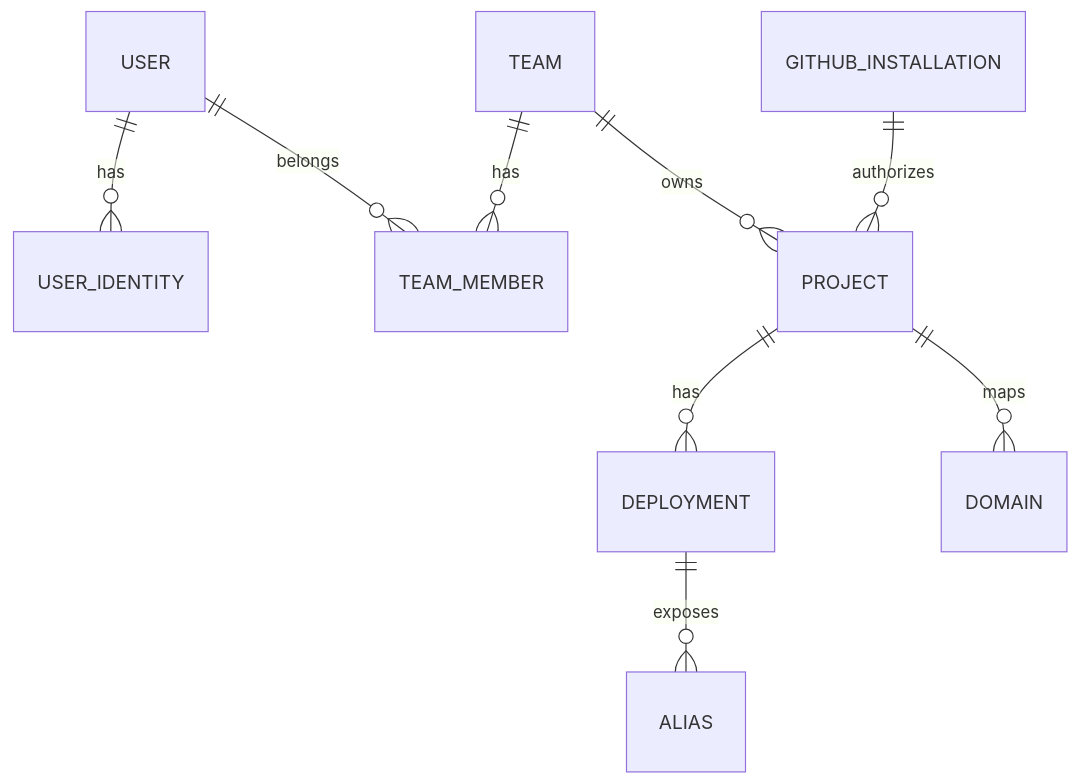
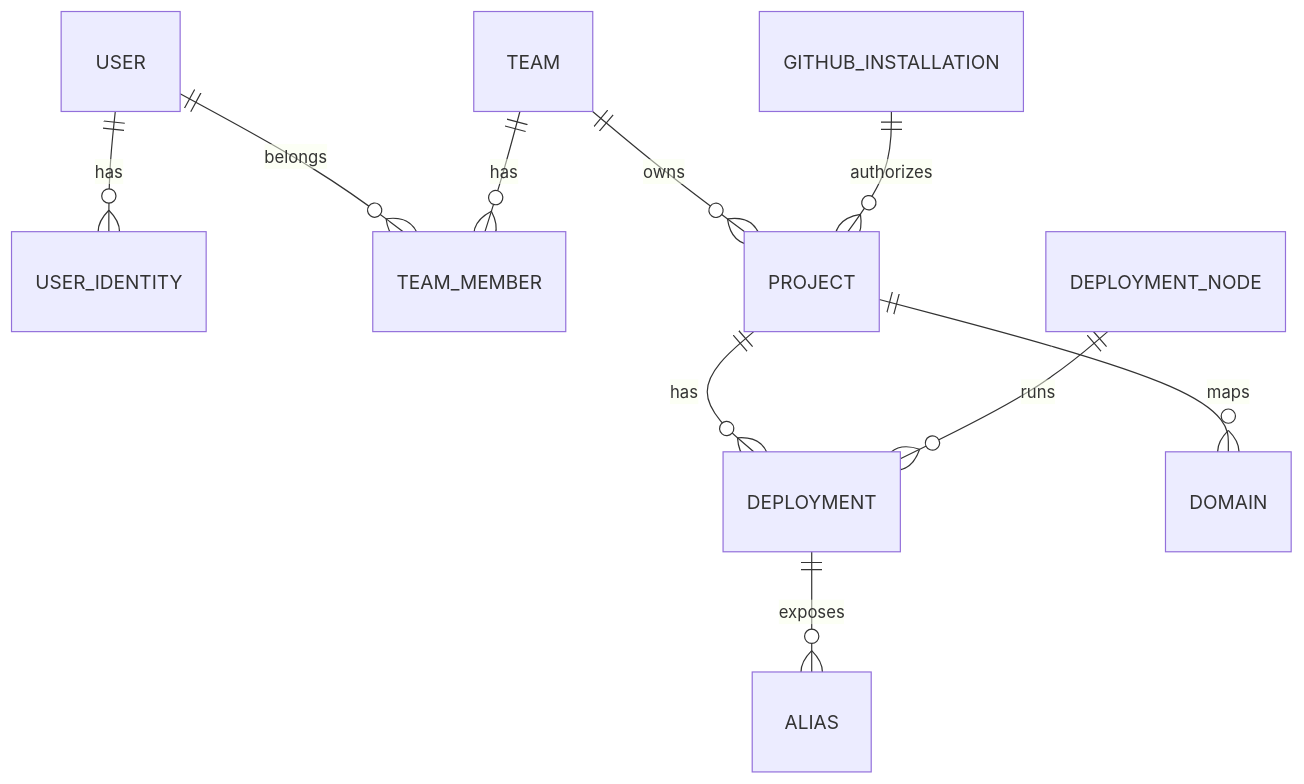
One commit to mayowaoladosu/devvpush changed the second of 2 diagrams in ARCHITECTURE.md. Above: the diagram before and after it, drawn with Mermaid. The commit also changed other lines of this file and 38 other files, not shown here.

````diff
--- a/ARCHITECTURE.md
+++ b/ARCHITECTURE.md
@@ -231,11 +261,12 @@
 ```mermaid
 erDiagram
   USER ||--o{ USER_IDENTITY : has
   USER ||--o{ TEAM_MEMBER : belongs
   TEAM ||--o{ TEAM_MEMBER : has
   TEAM ||--o{ PROJECT : owns
   PROJECT ||--o{ DEPLOYMENT : has
+  DEPLOYMENT_NODE ||--o{ DEPLOYMENT : runs
   DEPLOYMENT ||--o{ ALIAS : exposes
   PROJECT ||--o{ DOMAIN : maps
   GITHUB_INSTALLATION ||--o{ PROJECT : authorizes
 ```
````
